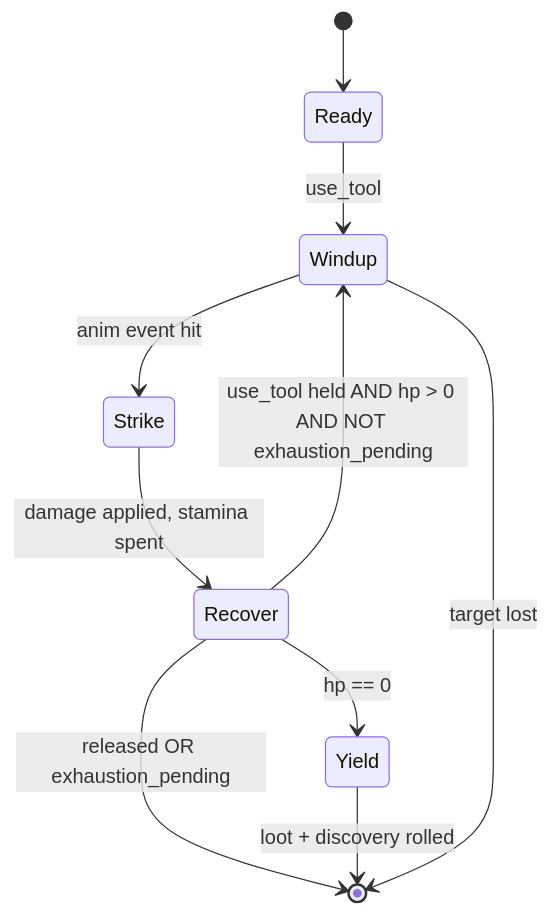
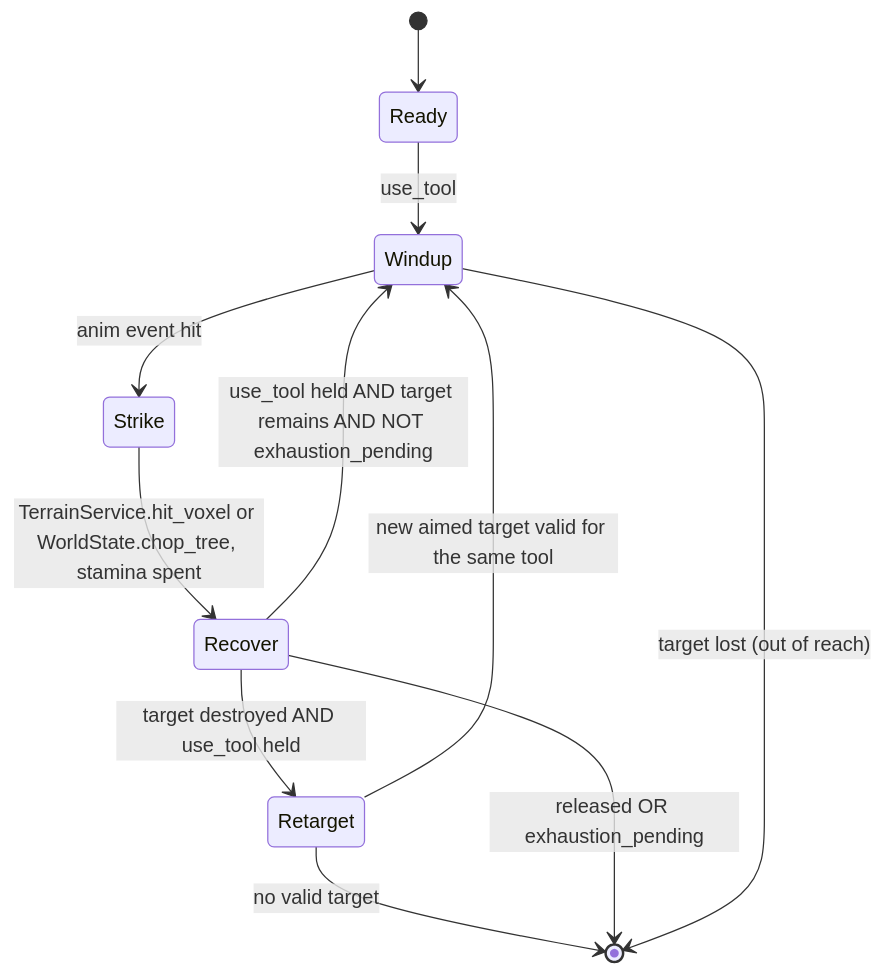
The second of 7 diagrams in _docs/specs/spec1.md (obamacka/gamesimpler), drawn with Mermaid before and after one commit. The commit also changed other lines of this file, not shown here.

````diff
--- a/_docs/specs/spec1.md
+++ b/_docs/specs/spec1.md
@@ -740,12 +860,13 @@
 ```mermaid
 stateDiagram-v2
     [*] --> Ready
     Ready --> Windup: use_tool
     Windup --> Strike: anim event hit
-    Strike --> Recover: damage applied, stamina spent
-    Recover --> Windup: use_tool held AND hp > 0 AND NOT exhaustion_pending
-    Recover --> Yield: hp == 0
+    Strike --> Recover: TerrainService.hit_voxel or WorldState.chop_tree, stamina spent
+    Recover --> Windup: use_tool held AND target remains AND NOT exhaustion_pending
+    Recover --> Retarget: target destroyed AND use_tool held
+    Retarget --> Windup: new aimed target valid for the same tool
+    Retarget --> [*]: no valid target
     Recover --> [*]: released OR exhaustion_pending
-    Yield --> [*]: loot + discovery rolled
-    Windup --> [*]: target lost
+    Windup --> [*]: target lost (out of reach)
 ```
````
